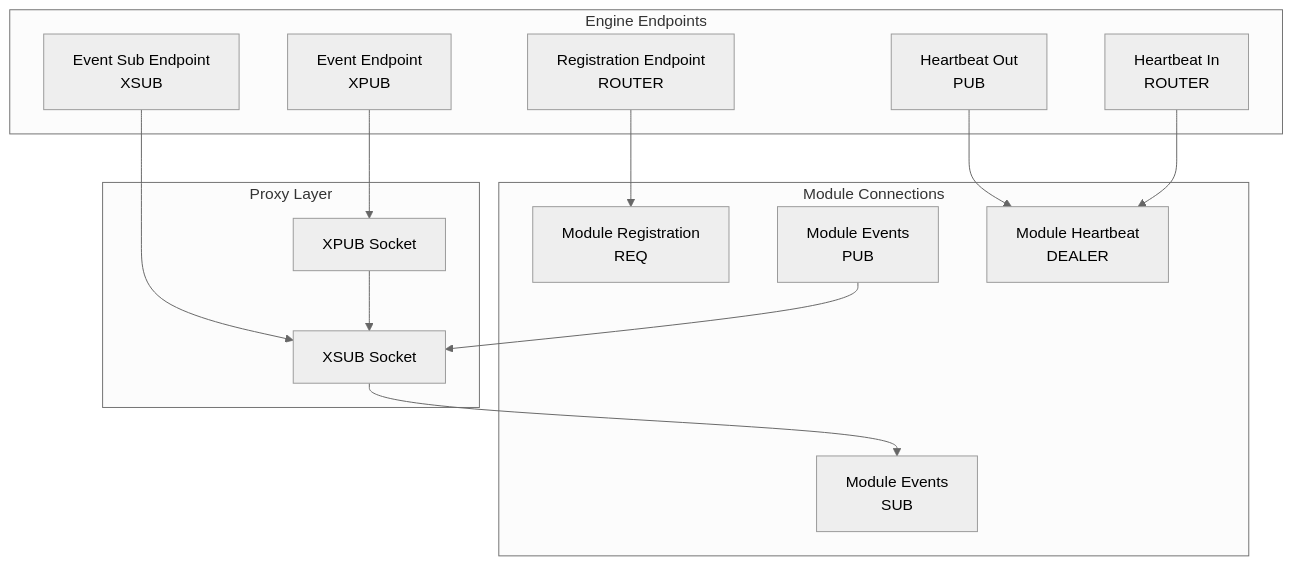
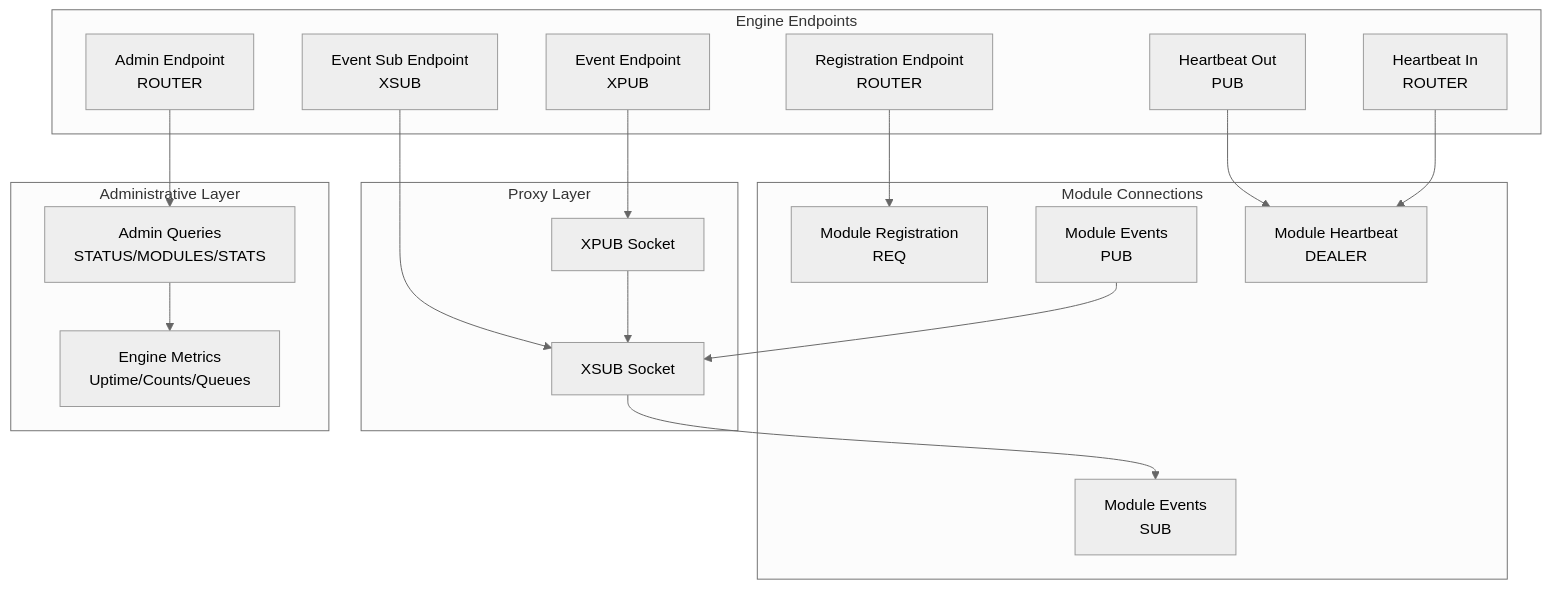
The second of 12 diagrams in .qoder/repowiki/en/content/Core Components/TycheEngine - Central Broker.md (zt281/TycheEngine), drawn with Mermaid (neutral theme) before and after one commit. The commit also changed other lines of this file and 34 other files, not shown here.

````diff
--- a/.qoder/repowiki/en/content/Core Components/TycheEngine - Central Broker.md
+++ b/.qoder/repowiki/en/content/Core Components/TycheEngine - Central Broker.md
@@ -115,28 +161,35 @@
 ```mermaid
 graph TB
 subgraph "Engine Endpoints"
 REG["Registration Endpoint<br/>ROUTER"]
 EVT["Event Endpoint<br/>XPUB"]
 EVTSUB["Event Sub Endpoint<br/>XSUB"]
 HBOUT["Heartbeat Out<br/>PUB"]
 HBIN["Heartbeat In<br/>ROUTER"]
+ADM["Admin Endpoint<br/>ROUTER"]
 end
 subgraph "Module Connections"
 MODREG["Module Registration<br/>REQ"]
 MODPUB["Module Events<br/>PUB"]
 MODSUB["Module Events<br/>SUB"]
 MODHB["Module Heartbeat<br/>DEALER"]
 end
 subgraph "Proxy Layer"
 XPUB["XPUB Socket"]
 XSUB["XSUB Socket"]
 end
+subgraph "Administrative Layer"
+ADMINQ["Admin Queries<br/>STATUS/MODULES/STATS"]
+ENGINEMETRICS["Engine Metrics<br/>Uptime/Counts/Queues"]
+end
 REG --> MODREG
 EVT --> XPUB
 EVTSUB --> XSUB
 HBOUT --> MODHB
 HBIN --> MODHB
 XPUB --> XSUB
 MODPUB --> XSUB
 XSUB --> MODSUB
+ADM --> ADMINQ
+ADMINQ --> ENGINEMETRICS
 ```
````
